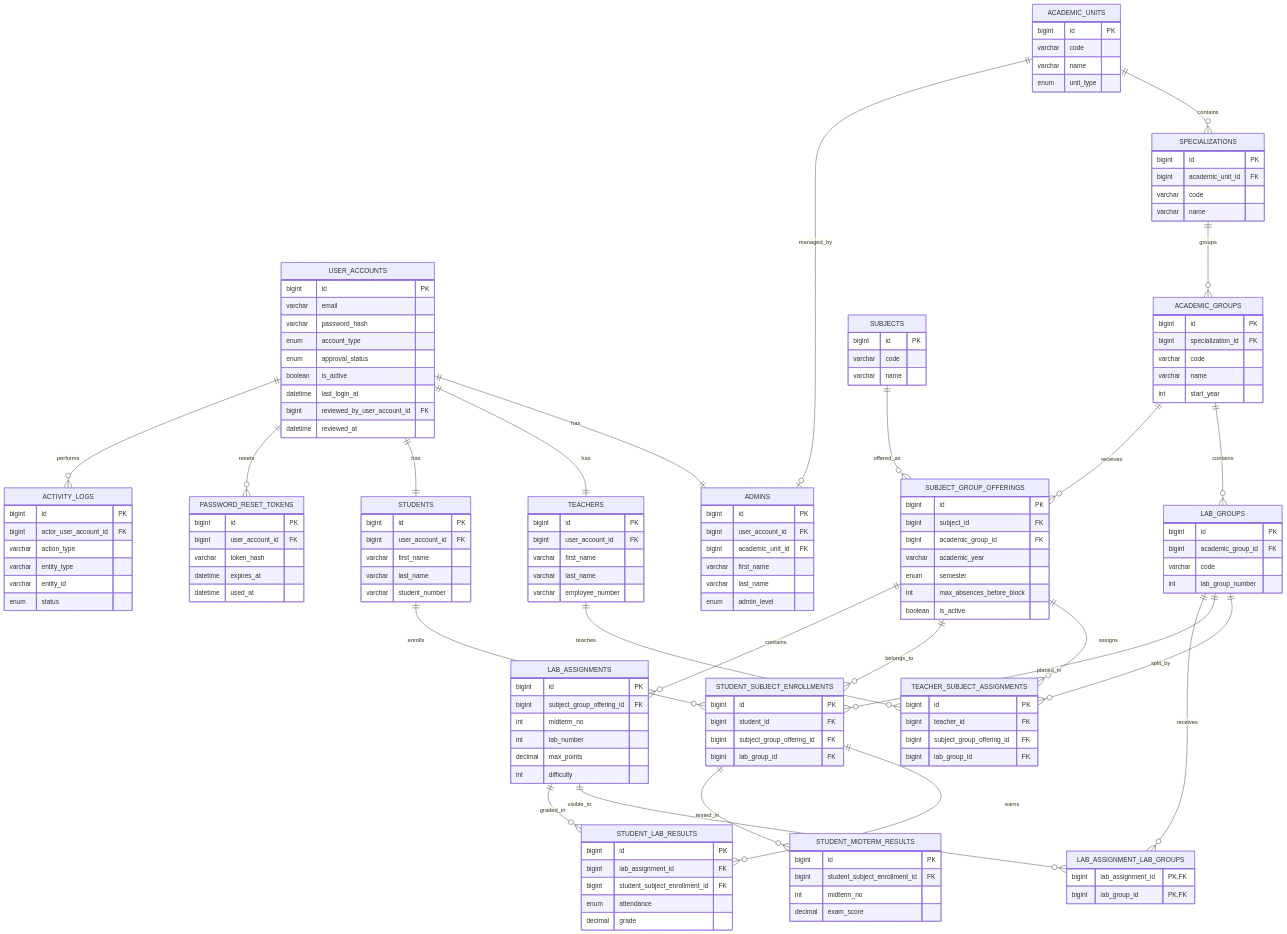
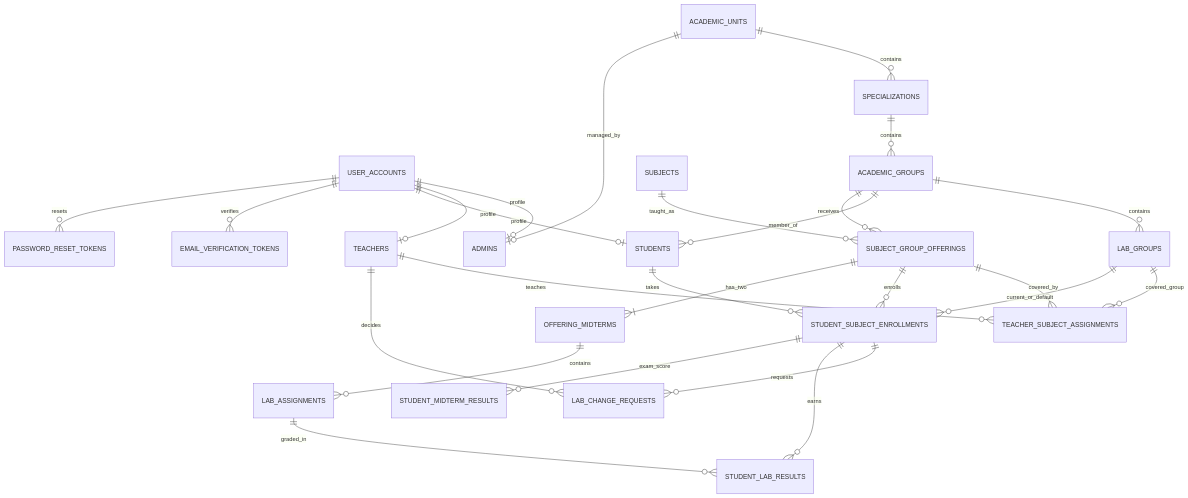
One commit to limelik/LabCheck changed the diagram in database/er-diagram.mysql.md. Above: the diagram before and after it, drawn with Mermaid. The commit also changed other lines of this file and 13 other files, not shown here.

````diff
--- a/database/er-diagram.mysql.md
+++ b/database/er-diagram.mysql.md
@@ -5,175 +5,32 @@
 ```mermaid
 erDiagram
-    USER_ACCOUNTS {
-        bigint id PK
-        varchar email
-        varchar password_hash
-        enum account_type
-        enum approval_status
-        boolean is_active
-        datetime last_login_at
-        bigint reviewed_by_user_account_id FK
-        datetime reviewed_at
-    }
-
-    ACADEMIC_UNITS {
-        bigint id PK
-        varchar code
-        varchar name
-        enum unit_type
-    }
-
-    SPECIALIZATIONS {
-        bigint id PK
-        bigint academic_unit_id FK
-        varchar code
-        varchar name
-    }
-
-    ACADEMIC_GROUPS {
-        bigint id PK
-        bigint specialization_id FK
-        varchar code
-        varchar name
-        int start_year
-    }
-
-    LAB_GROUPS {
-        bigint id PK
-        bigint academic_group_id FK
-        varchar code
-        int lab_group_number
-    }
-
-    SUBJECTS {
-        bigint id PK
-        varchar code
-        varchar name
-    }
-
-    ADMINS {
-        bigint id PK
-        bigint user_account_id FK
-        bigint academic_unit_id FK
-        varchar first_name
-        varchar last_name
-        enum admin_level
-    }
-
-    TEACHERS {
-        bigint id PK
-        bigint user_account_id FK
-        varchar first_name
-        varchar last_name
-        varchar employee_number
-    }
-
-    STUDENTS {
-        bigint id PK
-        bigint user_account_id FK
-        varchar first_name
-        varchar last_name
-        varchar student_number
-    }
-
-    SUBJECT_GROUP_OFFERINGS {
-        bigint id PK
-        bigint subject_id FK
-        bigint academic_group_id FK
-        varchar academic_year
-        enum semester
-        int max_absences_before_block
-        boolean is_active
-    }
-
-    TEACHER_SUBJECT_ASSIGNMENTS {
-        bigint id PK
-        bigint teacher_id FK
-        bigint subject_group_offering_id FK
-        bigint lab_group_id FK
-    }
-
-    STUDENT_SUBJECT_ENROLLMENTS {
-        bigint id PK
-        bigint student_id FK
-        bigint subject_group_offering_id FK
-        bigint lab_group_id FK
-    }
-
-    LAB_ASSIGNMENTS {
-        bigint id PK
-        bigint subject_group_offering_id FK
-        int midterm_no
-        int lab_number
-        decimal max_points
-        int difficulty
-    }
-
-    LAB_ASSIGNMENT_LAB_GROUPS {
-        bigint lab_assignment_id PK, FK
-        bigint lab_group_id PK, FK
-    }
-
-    STUDENT_LAB_RESULTS {
-        bigint id PK
-        bigint lab_assignment_id FK
-        bigint student_subject_enrollment_id FK
-        enum attendance
-        decimal grade
-    }
-
-    STUDENT_MIDTERM_RESULTS {
-        bigint id PK
-        bigint student_subject_enrollment_id FK
-        int midterm_no
-        decimal exam_score
-    }
-
-    PASSWORD_RESET_TOKENS {
-        bigint id PK
-        bigint user_account_id FK
-        varchar token_hash
-        datetime expires_at
-        datetime used_at
-    }
-
-    ACTIVITY_LOGS {
-        bigint id PK
-        bigint actor_user_account_id FK
-        varchar action_type
-        varchar entity_type
-        varchar entity_id
-        enum status
-    }
-
-    USER_ACCOUNTS ||--|| ADMINS : has
-    USER_ACCOUNTS ||--|| TEACHERS : has
-    USER_ACCOUNTS ||--|| STUDENTS : has
+    USER_ACCOUNTS ||--o| ADMINS : profile
+    USER_ACCOUNTS ||--o| TEACHERS : profile
+    USER_ACCOUNTS ||--o| STUDENTS : profile
+    USER_ACCOUNTS ||--o{ EMAIL_VERIFICATION_TOKENS : verifies
     USER_ACCOUNTS ||--o{ PASSWORD_RESET_TOKENS : resets
-    USER_ACCOUNTS ||--o{ ACTIVITY_LOGS : performs
 
     ACADEMIC_UNITS ||--o{ SPECIALIZATIONS : contains
-    SPECIALIZATIONS ||--o{ ACADEMIC_GROUPS : groups
+    ACADEMIC_UNITS ||--o| ADMINS : managed_by
+    SPECIALIZATIONS ||--o{ ACADEMIC_GROUPS : contains
     ACADEMIC_GROUPS ||--o{ LAB_GROUPS : contains
-    ACADEMIC_UNITS ||--o| ADMINS : managed_by
+    ACADEMIC_GROUPS ||--o{ STUDENTS : member_of
+    ACADEMIC_GROUPS ||--o{ SUBJECT_GROUP_OFFERINGS : receives
+    SUBJECTS ||--o{ SUBJECT_GROUP_OFFERINGS : taught_as
 
-    SUBJECTS ||--o{ SUBJECT_GROUP_OFFERINGS : offered_as
-    ACADEMIC_GROUPS ||--o{ SUBJECT_GROUP_OFFERINGS : receives
+    SUBJECT_GROUP_OFFERINGS ||--o{ TEACHER_SUBJECT_ASSIGNMENTS : covered_by
+    TEACHERS ||--o{ TEACHER_SUBJECT_ASSIGNMENTS : teaches
+    LAB_GROUPS ||--o{ TEACHER_SUBJECT_ASSIGNMENTS : covered_group
 
-    TEACHERS ||--o{ TEACHER_SUBJECT_ASSIGNMENTS : teaches
-    SUBJECT_GROUP_OFFERINGS ||--o{ TEACHER_SUBJECT_ASSIGNMENTS : assigns
-    LAB_GROUPS ||--o{ TEACHER_SUBJECT_ASSIGNMENTS : split_by
+    SUBJECT_GROUP_OFFERINGS ||--o{ STUDENT_SUBJECT_ENROLLMENTS : enrolls
+    STUDENTS ||--o{ STUDENT_SUBJECT_ENROLLMENTS : takes
+    LAB_GROUPS ||--o{ STUDENT_SUBJECT_ENROLLMENTS : current_or_default
+    STUDENT_SUBJECT_ENROLLMENTS ||--o{ LAB_CHANGE_REQUESTS : requests
+    TEACHERS ||--o{ LAB_CHANGE_REQUESTS : decides
 
-    STUDENTS ||--o{ STUDENT_SUBJECT_ENROLLMENTS : enrolls
-    SUBJECT_GROUP_OFFERINGS ||--o{ STUDENT_SUBJECT_ENROLLMENTS : belongs_to
-    LAB_GROUPS ||--o{ STUDENT_SUBJECT_ENROLLMENTS : placed_in
-
-    SUBJECT_GROUP_OFFERINGS ||--o{ LAB_ASSIGNMENTS : contains
-    LAB_ASSIGNMENTS ||--o{ LAB_ASSIGNMENT_LAB_GROUPS : visible_to
-    LAB_GROUPS ||--o{ LAB_ASSIGNMENT_LAB_GROUPS : receives
-
+    SUBJECT_GROUP_OFFERINGS ||--|{ OFFERING_MIDTERMS : has_two
+    OFFERING_MIDTERMS ||--o{ LAB_ASSIGNMENTS : contains
+    LAB_ASSIGNMENTS ||--o{ STUDENT_LAB_RESULTS : graded_in
     STUDENT_SUBJECT_ENROLLMENTS ||--o{ STUDENT_LAB_RESULTS : earns
-    LAB_ASSIGNMENTS ||--o{ STUDENT_LAB_RESULTS : graded_in
-
-    STUDENT_SUBJECT_ENROLLMENTS ||--o{ STUDENT_MIDTERM_RESULTS : tested_in
+    STUDENT_SUBJECT_ENROLLMENTS ||--o{ STUDENT_MIDTERM_RESULTS : exam_score
 ```
````
